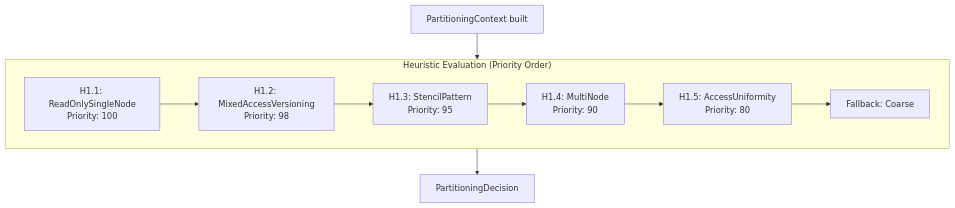
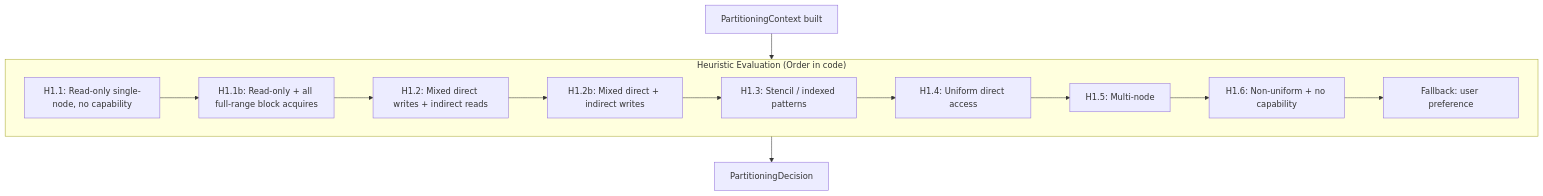
One commit to randreshg/carts changed the sixth of 7 diagrams in docs/analysis.md. Above: the diagram before and after it, drawn with Mermaid. The commit also changed other lines of this file and 26 other files, not shown here.

````diff
--- a/docs/analysis.md
+++ b/docs/analysis.md
@@ -945,19 +949,22 @@
 ```mermaid
 flowchart TB
     CTX[PartitioningContext built]
 
-    subgraph Heuristics["Heuristic Evaluation (Priority Order)"]
-        H11["H1.1: ReadOnlySingleNode<br/>Priority: 100"]
-        H12["H1.2: MixedAccessVersioning<br/>Priority: 98"]
-        H13["H1.3: StencilPattern<br/>Priority: 95"]
-        H14["H1.4: MultiNode<br/>Priority: 90"]
-        H15["H1.5: AccessUniformity<br/>Priority: 80"]
-        FALLBACK["Fallback: Coarse"]
+    subgraph Heuristics["Heuristic Evaluation (Order in code)"]
+        H11["H1.1: Read-only single-node, no capability"]
+        H11b["H1.1b: Read-only + all full-range block acquires"]
+        H12["H1.2: Mixed direct writes + indirect reads"]
+        H12b["H1.2b: Mixed direct + indirect writes"]
+        H13["H1.3: Stencil / indexed patterns"]
+        H14["H1.4: Uniform direct access"]
+        H15["H1.5: Multi-node"]
+        H16["H1.6: Non-uniform + no capability"]
+        FALLBACK["Fallback: user preference"]
 
-        H11 --> H12 --> H13 --> H14 --> H15 --> FALLBACK
+        H11 --> H11b --> H12 --> H12b --> H13 --> H14 --> H15 --> H16 --> FALLBACK
     end
 
     CTX --> Heuristics
 
     Heuristics --> DECISION[PartitioningDecision]
 ```
````
